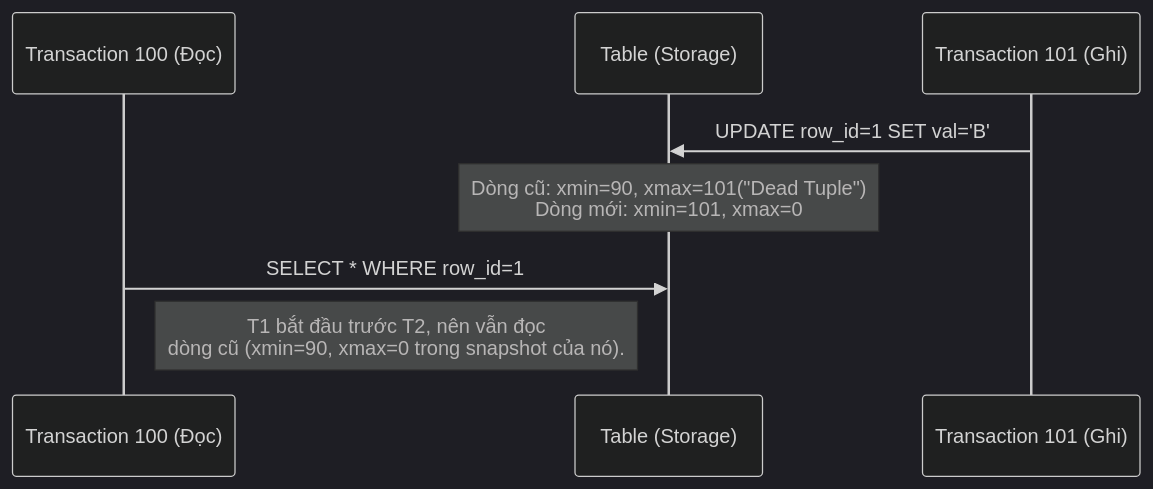
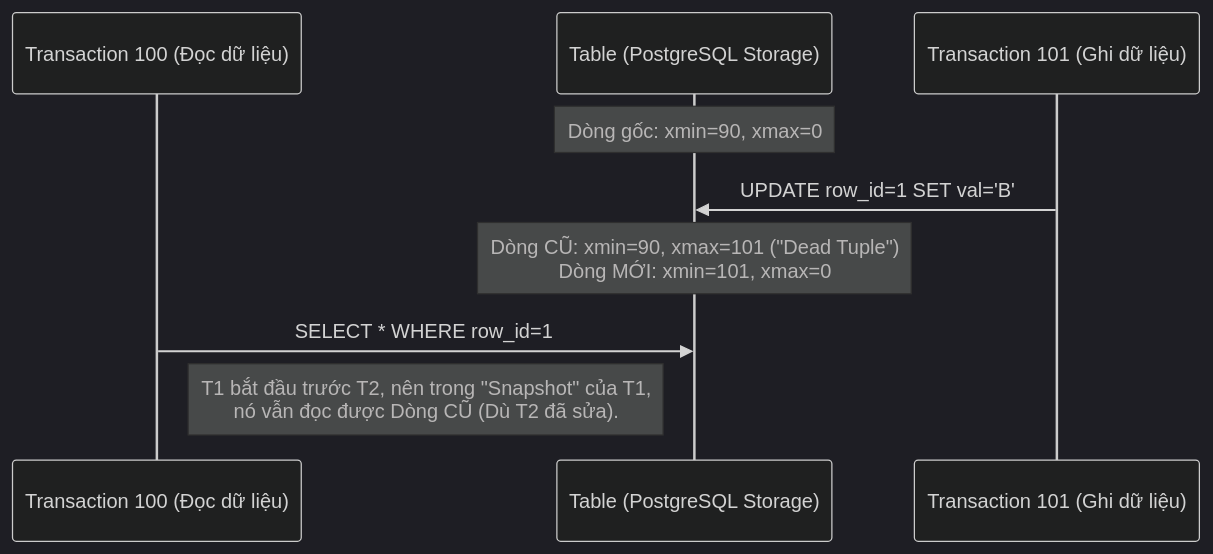
One commit to kythuatdulieu/kythuatdulieu.github.io changed the first of 2 diagrams in src/content/docs/concepts/3-storage-engines-formats/vacuum-autovacuum-mechanisms.md. Above: the diagram before and after it, drawn with Mermaid (dark theme). The commit also changed other lines of this file and 213 other files, not shown here.

Commit message:
Fix syntax and rewrite 200+ concepts docs to deep-dive system architecture and add GA4 tracking to quiz app

````diff
--- a/src/content/docs/concepts/3-storage-engines-formats/vacuum-autovacuum-mechanisms.md
+++ b/src/content/docs/concepts/3-storage-engines-formats/vacuum-autovacuum-mechanisms.md
@@ -27,11 +26,12 @@
 ```mermaid
 sequenceDiagram
-    participant T1 as Transaction 100 (Đọc)
-    participant DB as Table (Storage)
-    participant T2 as Transaction 101 (Ghi)
+    participant T1 as Transaction 100 (Đọc dữ liệu)
+    participant DB as Table (PostgreSQL Storage)
+    participant T2 as Transaction 101 (Ghi dữ liệu)
 
+    Note over DB: Dòng gốc: xmin=90, xmax=0
     T2->>DB: UPDATE row_id=1 SET val='B'
-    Note over DB: Dòng cũ: xmin=90, xmax=101("Dead Tuple")<br/>Dòng mới: xmin=101, xmax=0
+    Note over DB: Dòng CŨ: xmin=90, xmax=101 ("Dead Tuple")<br/>Dòng MỚI: xmin=101, xmax=0
     T1->>DB: SELECT * WHERE row_id=1
-    Note right of T1: T1 bắt đầu trước T2, nên vẫn đọc<br/>dòng cũ (xmin=90, xmax=0 trong snapshot của nó).
+    Note right of T1: T1 bắt đầu trước T2, nên trong "Snapshot" của T1,<br/>nó vẫn đọc được Dòng CŨ (Dù T2 đã sửa).
 ```
````
